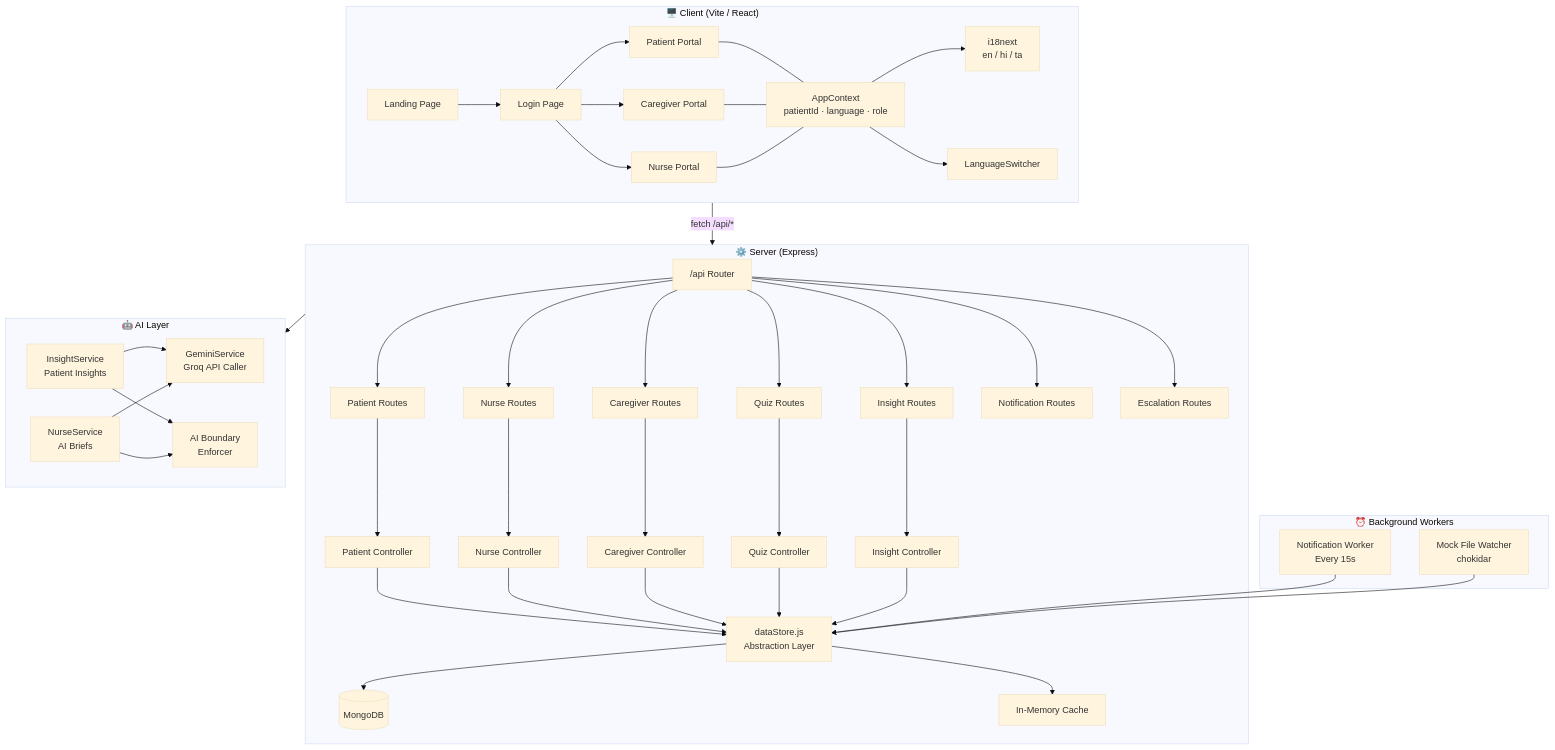
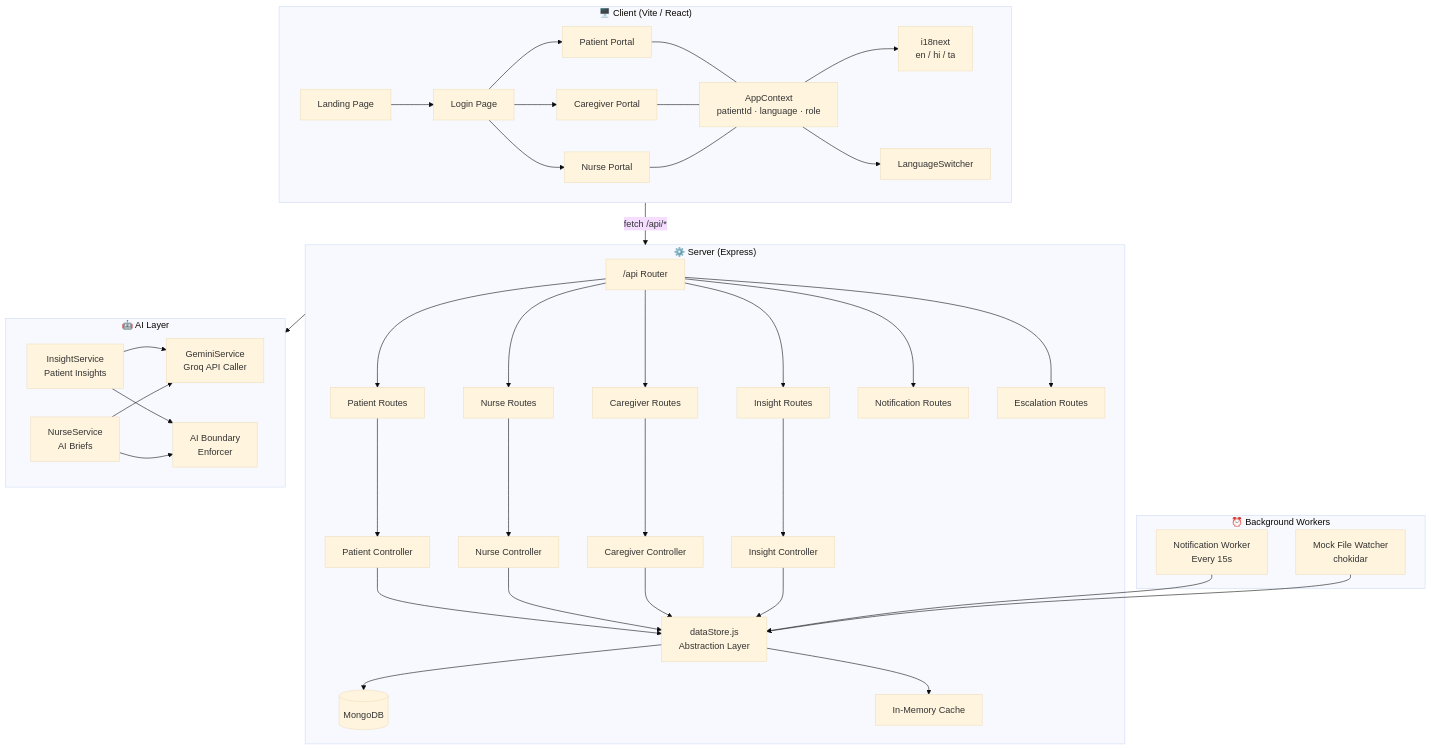
One commit to abhinavshankar17/MediBuddy changed the first of 9 diagrams in README.md. Above: the diagram before and after it, drawn with Mermaid (base theme). The commit also changed other lines of this file, not shown here.

````diff
--- a/README.md
+++ b/README.md
@@ -58,63 +58,60 @@
 ```mermaid
 graph TB
     subgraph Client ["🖥️ Client (Vite / React)"]
         LP[Landing Page] --> LG[Login Page]
         LG --> PP[Patient Portal]
         LG --> CP[Caregiver Portal]
         LG --> NP[Nurse Portal]
 
         PP --- PCTX["AppContext\npatientId · language · role"]
         CP --- PCTX
         NP --- PCTX
 
         PCTX --> I18N["i18next\nen / hi / ta"]
         PCTX --> LS[LanguageSwitcher]
     end
 
     subgraph Server ["⚙️ Server (Express)"]
         API["/api Router"] --> PR[Patient Routes]
         API --> NR[Nurse Routes]
         API --> CGR[Caregiver Routes]
-        API --> QR[Quiz Routes]
         API --> IR[Insight Routes]
         API --> NOT[Notification Routes]
         API --> ESC[Escalation Routes]
 
         PR --> PC[Patient Controller]
         NR --> NC[Nurse Controller]
         CGR --> CC[Caregiver Controller]
-        QR --> QC[Quiz Controller]
         IR --> IC[Insight Controller]
 
         PC --> DS["dataStore.js\nAbstraction Layer"]
         NC --> DS
         CC --> DS
-        QC --> DS
         IC --> DS
 
         DS --> MG[(MongoDB)]
         DS --> CACHE[In-Memory Cache]
     end
 
     subgraph AI ["🤖 AI Layer"]
         GS["GeminiService\nGroq API Caller"]
         IS["InsightService\nPatient Insights"]
         NS["NurseService\nAI Briefs"]
         ABE["AI Boundary\nEnforcer"]
 
         IS --> GS
         NS --> GS
         IS --> ABE
         NS --> ABE
     end
 
     subgraph Workers ["⏰ Background Workers"]
         NW["Notification Worker\nEvery 15s"]
         FSW["Mock File Watcher\nchokidar"]
         NW --> DS
         FSW --> DS
     end
 
     Client -- "fetch /api/*" --> Server
     Server --> AI
 ```
````
